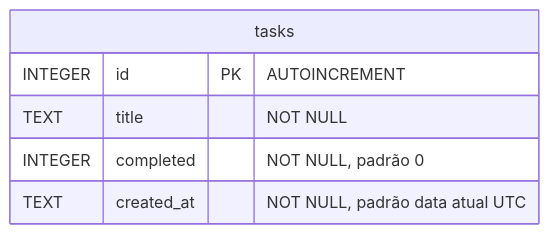
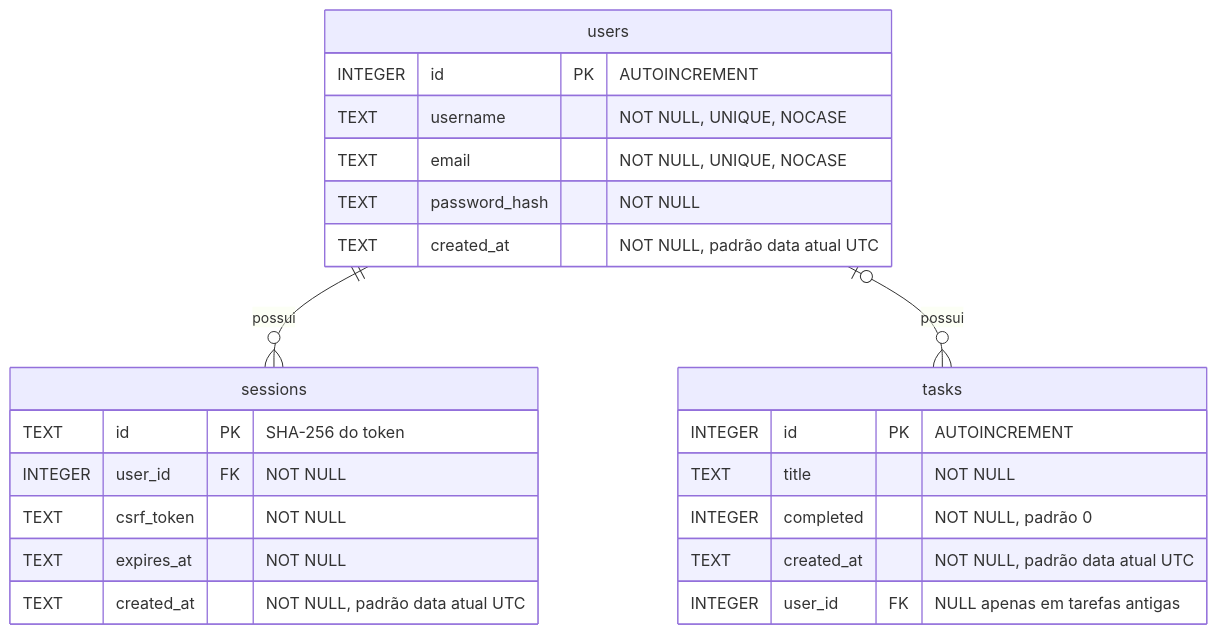
One commit to morexiety/ritmo changed the diagram in docs/modelo-de-dados.md. Above: the diagram before and after it, drawn with Mermaid. The commit also changed other lines of this file and 23 other files, not shown here.

Commit message:
feat: add user authentication with private tasks per account

````diff
--- a/docs/modelo-de-dados.md
+++ b/docs/modelo-de-dados.md
@@ -5,9 +5,29 @@
 ```mermaid
 erDiagram
+  users ||--o{ sessions : "possui"
+  users |o--o{ tasks : "possui"
+
+  users {
+    INTEGER id PK "AUTOINCREMENT"
+    TEXT username "NOT NULL, UNIQUE, NOCASE"
+    TEXT email "NOT NULL, UNIQUE, NOCASE"
+    TEXT password_hash "NOT NULL"
+    TEXT created_at "NOT NULL, padrão data atual UTC"
+  }
+
+  sessions {
+    TEXT id PK "SHA-256 do token"
+    INTEGER user_id FK "NOT NULL"
+    TEXT csrf_token "NOT NULL"
+    TEXT expires_at "NOT NULL"
+    TEXT created_at "NOT NULL, padrão data atual UTC"
+  }
+
   tasks {
     INTEGER id PK "AUTOINCREMENT"
     TEXT title "NOT NULL"
     INTEGER completed "NOT NULL, padrão 0"
     TEXT created_at "NOT NULL, padrão data atual UTC"
+    INTEGER user_id FK "NULL apenas em tarefas antigas"
   }
 ```
````
